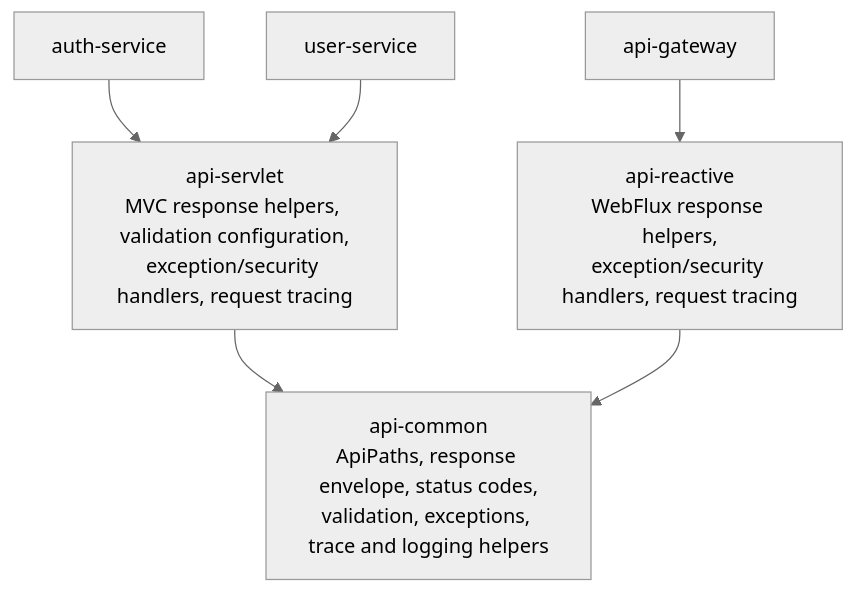
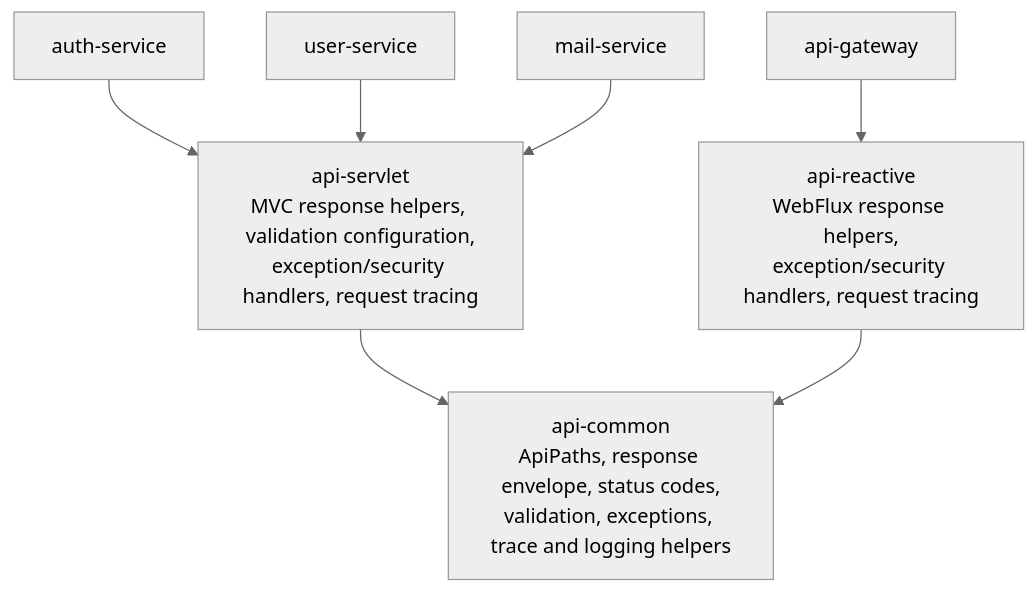
Before and after one commit to Sanglm2207/hybrid-auth-platform: the second of 2 diagrams in README.md, drawn with Mermaid (neutral theme). The commit also changed other lines of this file and 5 other files, not shown here.

Commit message:
docs: describe mail service, P0 security and P1 account lifecycle

````diff
--- a/README.md
+++ b/README.md
@@ -66,8 +75,9 @@
 ```mermaid
 flowchart TB
     auth["auth-service"] --> servlet["api-servlet<br/>MVC response helpers, validation configuration,<br/>exception/security handlers, request tracing"]
     user["user-service"] --> servlet
+    mail["mail-service"] --> servlet
     gateway["api-gateway"] --> reactive["api-reactive<br/>WebFlux response helpers,<br/>exception/security handlers, request tracing"]
     servlet --> common["api-common<br/>ApiPaths, response envelope, status codes,<br/>validation, exceptions, trace and logging helpers"]
     reactive --> common
 ```
````
